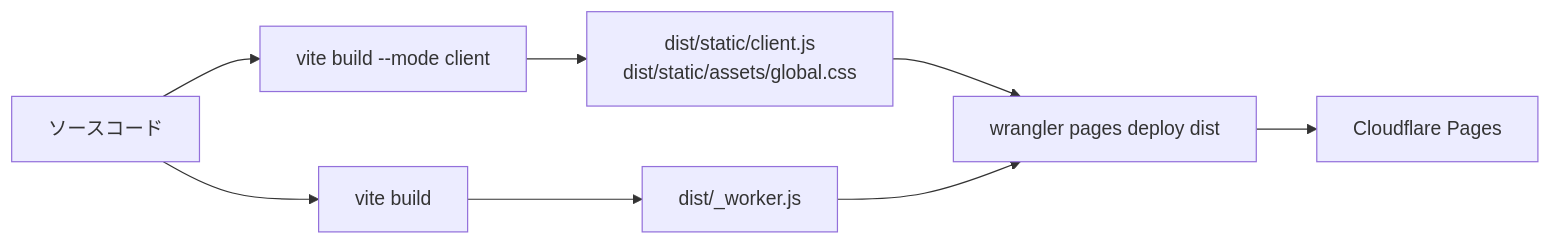
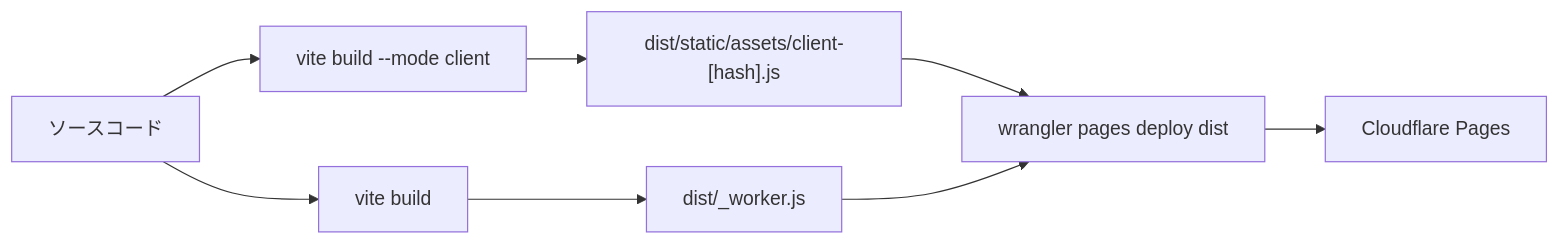
One commit to shimabox/400-diary changed the fifth of 5 diagrams in docs/architecture/overview.md. Above: the diagram before and after it, drawn with Mermaid. The commit also changed 4 other files, not shown here.

````diff
--- a/docs/architecture/overview.md
+++ b/docs/architecture/overview.md
@@ -190,9 +190,9 @@
 ```mermaid
 flowchart LR
     A[ソースコード] --> B["vite build --mode client"]
     A --> C["vite build"]
-    B --> D["dist/static/client.js<br/>dist/static/assets/global.css"]
+    B --> D["dist/static/assets/client-[hash].js"]
     C --> E["dist/_worker.js"]
     D & E --> F["wrangler pages deploy dist"]
     F --> G[Cloudflare Pages]
 ```
````
